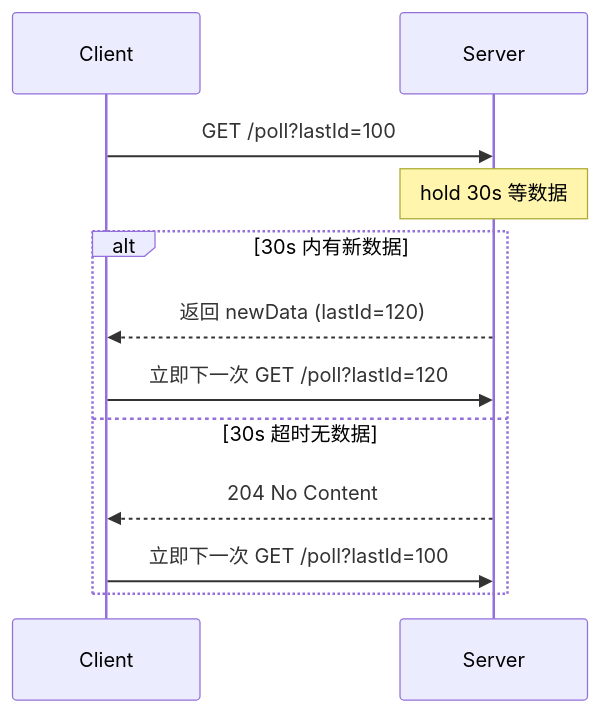
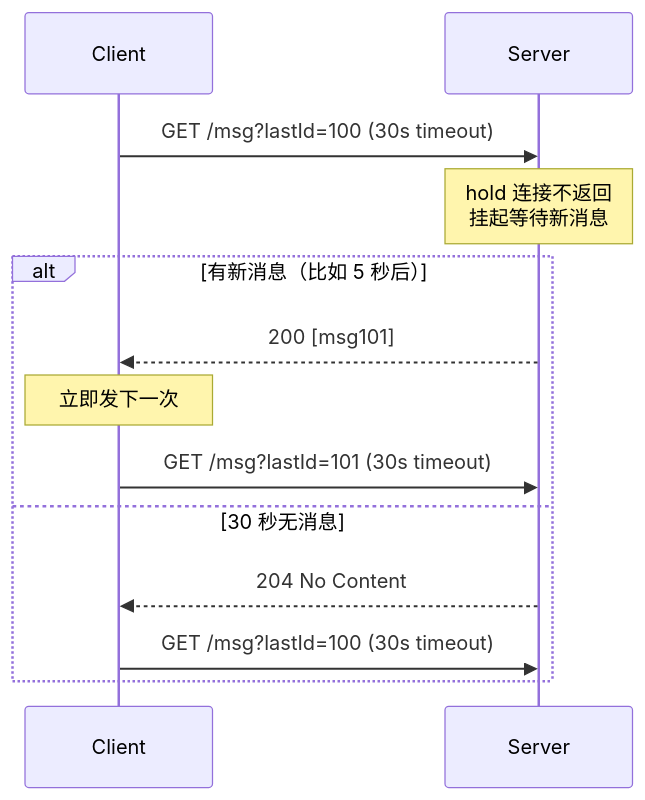
Before and after one commit to chongyang211/YCBookBlog: the fourth of 7 diagrams in docs/10.真经/05.方案设计思想/18.通用轮训方案设计.md, drawn with Mermaid. The commit also changed other lines of this file and 36 other files, not shown here.

````diff
--- a/docs/10.真经/05.方案设计思想/18.通用轮训方案设计.md
+++ b/docs/10.真经/05.方案设计思想/18.通用轮训方案设计.md
@@ -420,16 +371,17 @@
 ```mermaid
 sequenceDiagram
     participant C as Client
     participant S as Server
+
+    C->>S: GET /msg?lastId=100 (30s timeout)
+    Note over S: hold 连接不返回<br/>挂起等待新消息
     
-    C->>S: GET /poll?lastId=100
-    Note over S: hold 30s 等数据
-    
-    alt 30s 内有新数据
-        S-->>C: 返回 newData (lastId=120)
-        C->>S: 立即下一次 GET /poll?lastId=120
-    else 30s 超时无数据
+    alt 有新消息（比如 5 秒后）
+        S-->>C: 200 [msg101]
+        Note over C: 立即发下一次
+        C->>S: GET /msg?lastId=101 (30s timeout)
+    else 30 秒无消息
         S-->>C: 204 No Content
-        C->>S: 立即下一次 GET /poll?lastId=100
+        C->>S: GET /msg?lastId=100 (30s timeout)
     end
 ```
````
